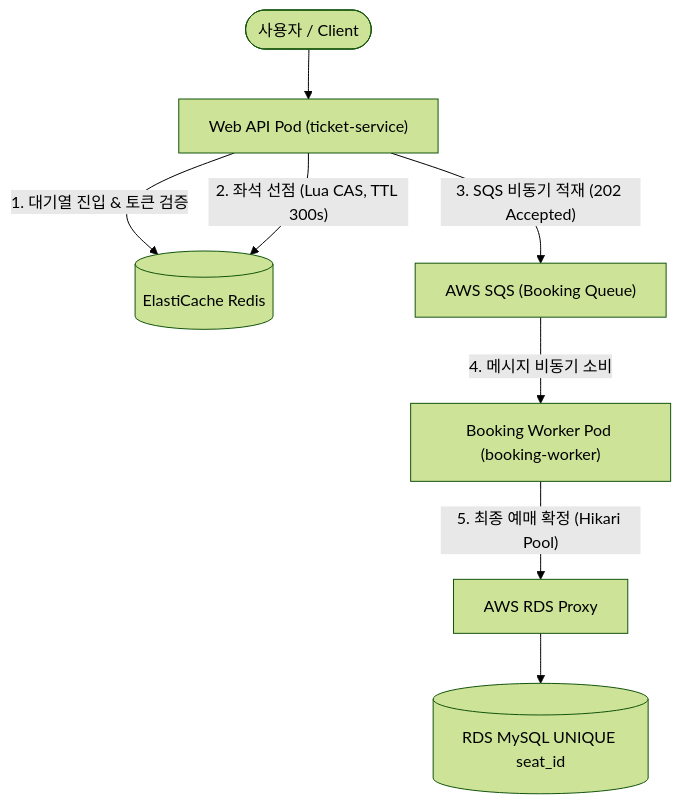
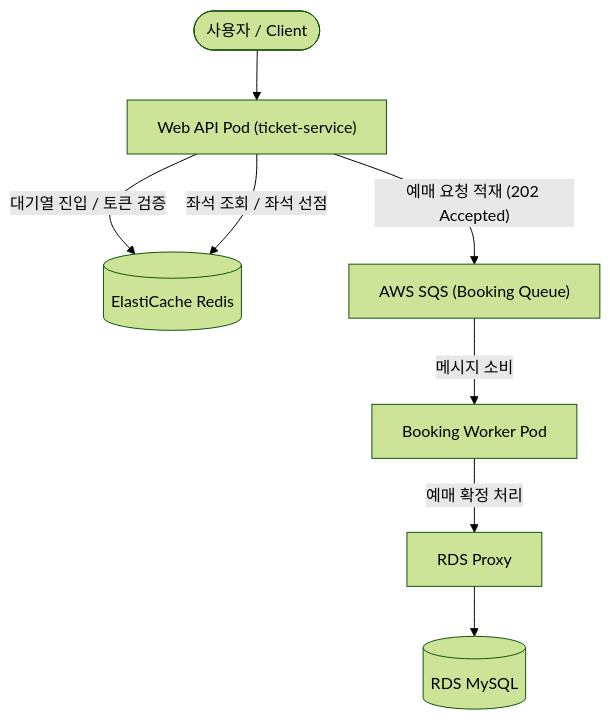
Before and after one commit to CLD-05/team5-ticket-app: the diagram in README.md, drawn with Mermaid (forest theme). The commit also changed other lines of this file, not shown here.

````diff
--- a/README.md
+++ b/README.md
@@ -38,12 +52,12 @@
 ```mermaid
 flowchart TD
-    Client([사용자 / Client]) --> API_Pod["Web API Pod (ticket-service)"]
-    
-    API_Pod -- "1. 대기열 진입 & 토큰 검증" --> Redis[(ElastiCache Redis)]
-    API_Pod -- "2. 좌석 선점 (Lua CAS, TTL 300s)" --> Redis
-    API_Pod -- "3. SQS 비동기 적재 (202 Accepted)" --> SQS["AWS SQS (Booking Queue)"]
-    
-    SQS -- "4. 메시지 비동기 소비" --> Worker_Pod["Booking Worker Pod (booking-worker)"]
-    Worker_Pod -- "5. 최종 예매 확정 (Hikari Pool)" --> RDSProxy[AWS RDS Proxy]
-    RDSProxy --> RDS[(RDS MySQL UNIQUE seat_id)]
+    Client([사용자 / Client]) --> API["Web API Pod (ticket-service)"]
+
+    API -- "대기열 진입 / 토큰 검증" --> Redis[(ElastiCache Redis)]
+    API -- "좌석 조회 / 좌석 선점" --> Redis
+    API -- "예매 요청 적재 (202 Accepted)" --> SQS["AWS SQS (Booking Queue)"]
+
+    SQS -- "메시지 소비" --> Worker["Booking Worker Pod"]
+    Worker -- "예매 확정 처리" --> Proxy["RDS Proxy"]
+    Proxy --> RDS[(RDS MySQL)]
 ```
````
